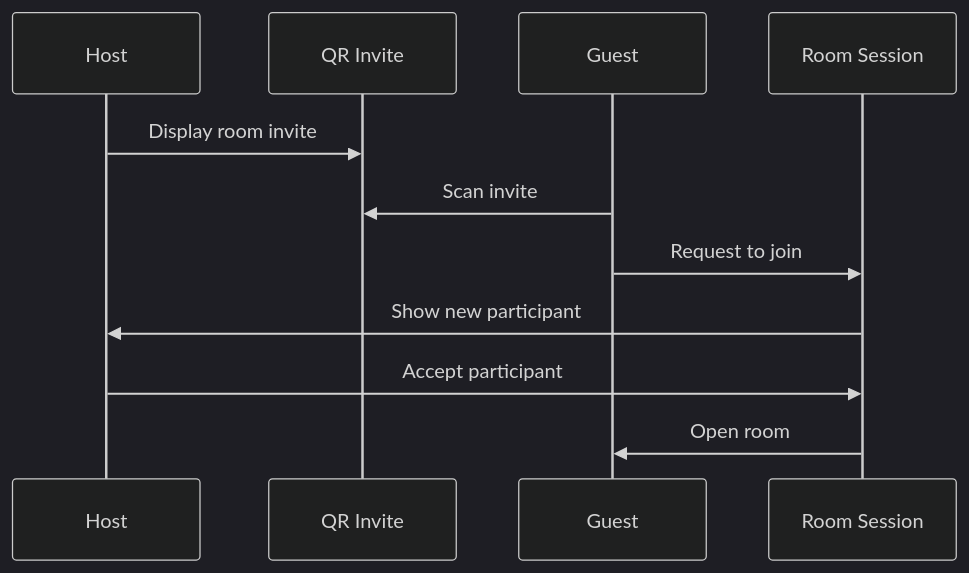
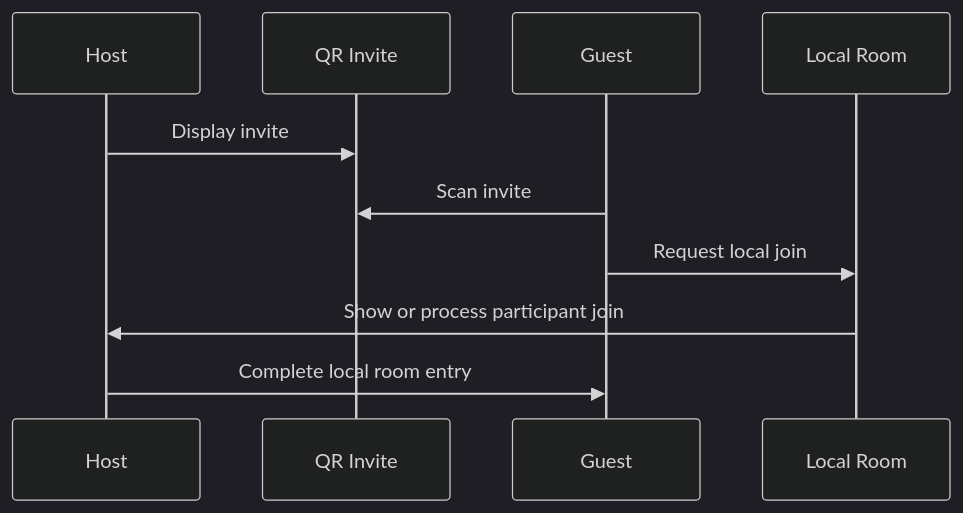
One commit to zongobase-Web/ZongoLink-V1 changed the fourth of 8 diagrams in docs/ARCHITECTURE.md. Above: the diagram before and after it, drawn with Mermaid (dark theme). The commit also changed other lines of this file, not shown here.

````diff
--- a/docs/ARCHITECTURE.md
+++ b/docs/ARCHITECTURE.md
@@ -219,14 +158,13 @@
 ```mermaid
 sequenceDiagram
     participant Host
     participant QR as QR Invite
     participant Guest
-    participant Room as Room Session
+    participant Room as Local Room
 
-    Host->>QR: Display room invite
+    Host->>QR: Display invite
     Guest->>QR: Scan invite
-    Guest->>Room: Request to join
-    Room->>Host: Show new participant
-    Host->>Room: Accept participant
-    Room->>Guest: Open room
+    Guest->>Room: Request local join
+    Room->>Host: Show or process participant join
+    Host->>Guest: Complete local room entry
 ```
````
